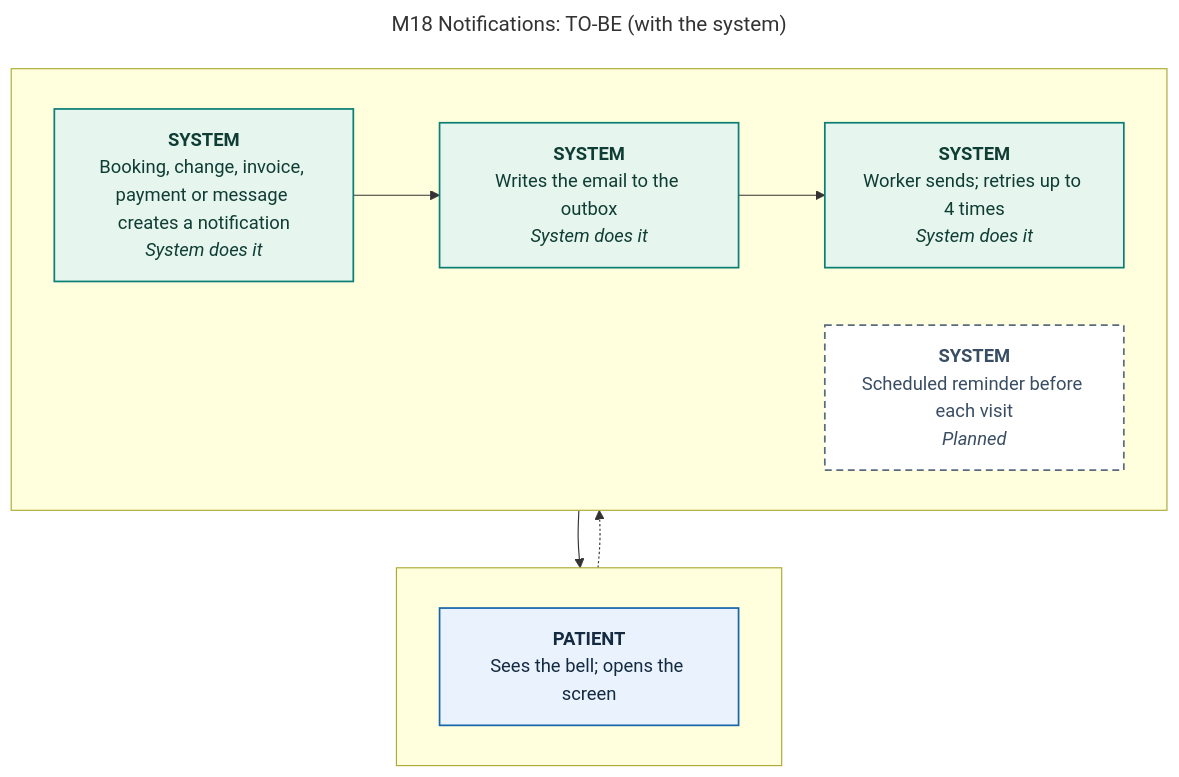
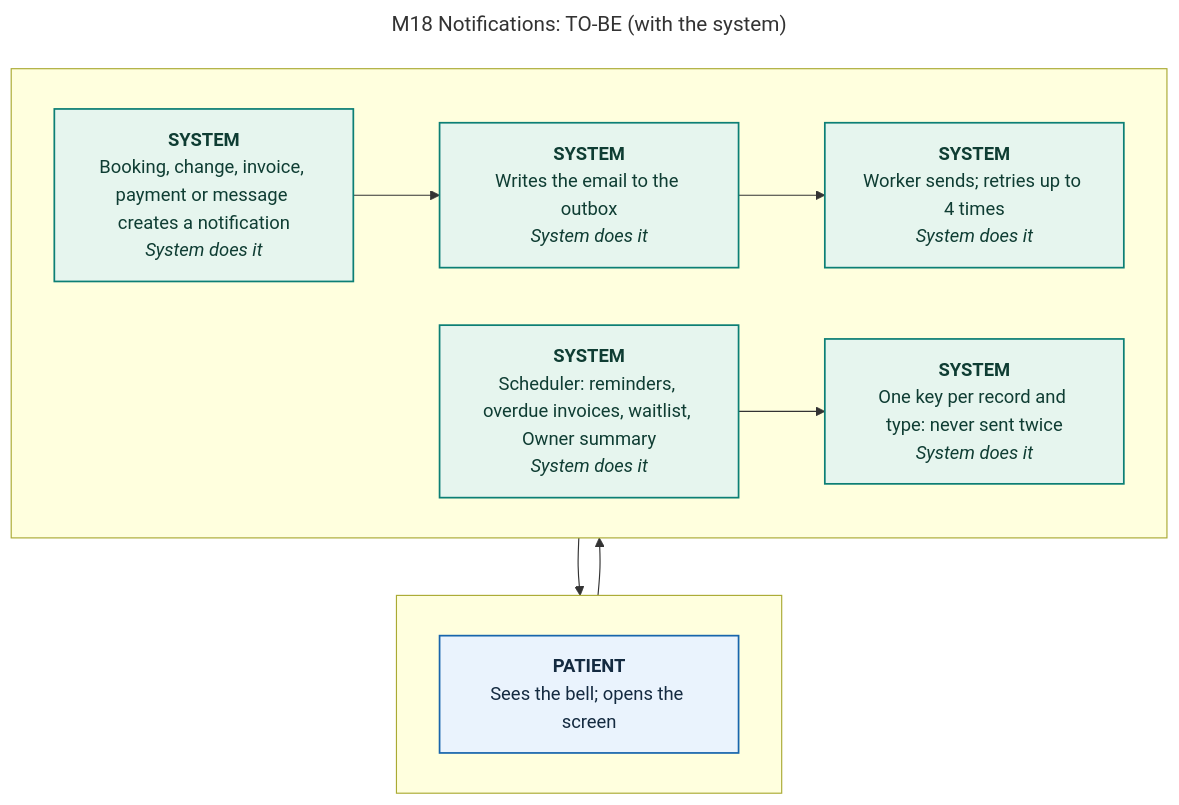
One commit to 0phem/multibranch-dental-clinic changed the diagram in docs/defense/diagrams/M18-notifications-to-be.mmd. Above: the diagram before and after it, drawn with Mermaid. The commit also changed 57 other files, not shown here.

First line of the commit message:
docs(defense): automations in modules, evidence, TO-BE diagrams, process PDF, demo script, panel Q&A, screenshots

```diff
--- a/docs/defense/diagrams/M18-notifications-to-be.mmd
+++ b/docs/defense/diagrams/M18-notifications-to-be.mmd
@@ -1,25 +1,27 @@
 ---
 title: "M18 Notifications: TO-BE (with the system)"
 ---
 flowchart TB
     subgraph L0[" "]
     direction LR
       S3["<b>PATIENT</b><br/>Sees the bell; opens the screen"]:::manual
     end
     subgraph L4[" "]
     direction LR
       S0["<b>SYSTEM</b><br/>Booking, change, invoice, payment or message creates a notification<br/><i>System does it</i>"]:::auto
       S1["<b>SYSTEM</b><br/>Writes the email to the outbox<br/><i>System does it</i>"]:::auto
       S2["<b>SYSTEM</b><br/>Worker sends; retries up to 4 times<br/><i>System does it</i>"]:::auto
-      S4["<b>SYSTEM</b><br/>Scheduled reminder before each visit<br/><i>Planned</i>"]:::planned
+      S4["<b>SYSTEM</b><br/>Scheduler: reminders, overdue invoices, waitlist, Owner summary<br/><i>System does it</i>"]:::auto
+      S5["<b>SYSTEM</b><br/>One key per record and type: never sent twice<br/><i>System does it</i>"]:::auto
     end
     S0 --> S1
     S1 --> S2
     S2 --> S3
-    S3 -.-> S4
+    S3 --> S4
+    S4 --> S5
     classDef cited fill:#eaf3fd,stroke:#1865ac,color:#142a40,stroke-width:1.5px
     classDef confirm fill:#fffaf0,stroke:#b26a00,color:#5e3c00,stroke-width:1.5px,stroke-dasharray:6 4
     classDef auto fill:#e6f5ee,stroke:#0c7f75,color:#0f3d33,stroke-width:1.5px
     classDef manual fill:#eaf3fd,stroke:#1865ac,color:#142a40,stroke-width:1.5px
     classDef mock fill:#f3f5f7,stroke:#5a6b7d,color:#3a4e63,stroke-width:1.5px,stroke-dasharray:3 3
     classDef planned fill:#ffffff,stroke:#5a6b7d,color:#3a4e63,stroke-width:1.5px,stroke-dasharray:6 4
```
